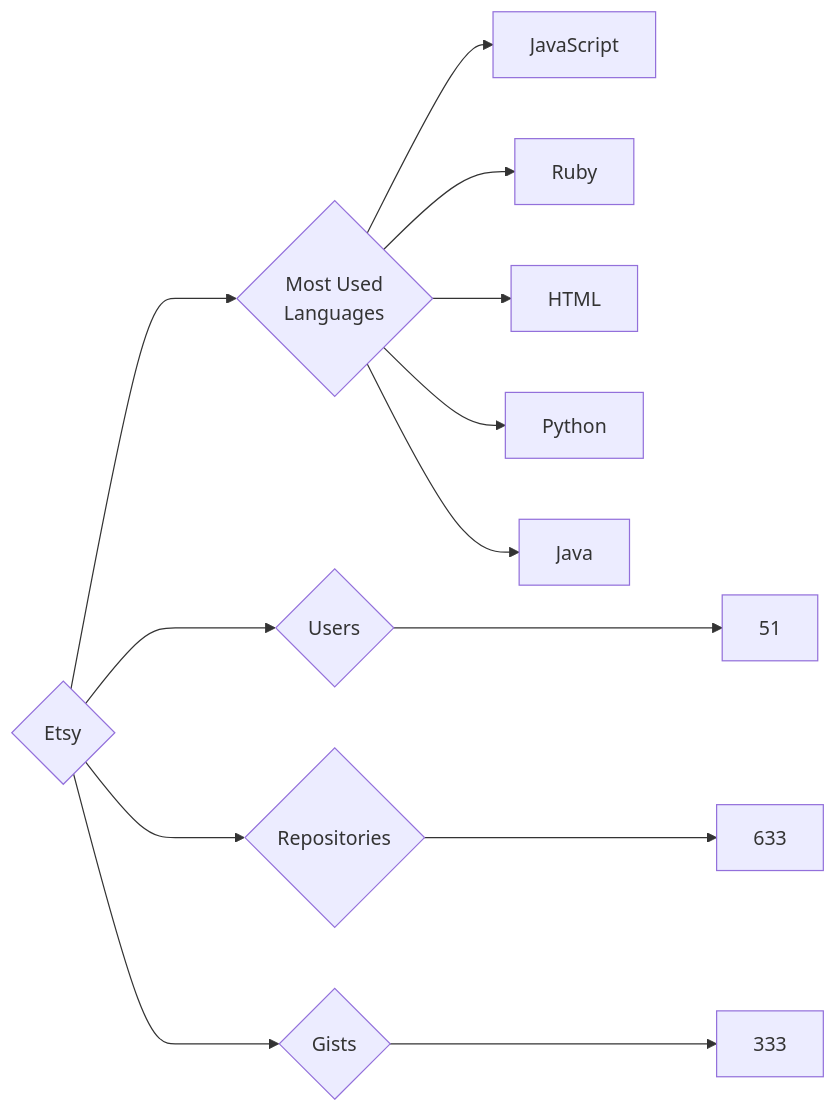
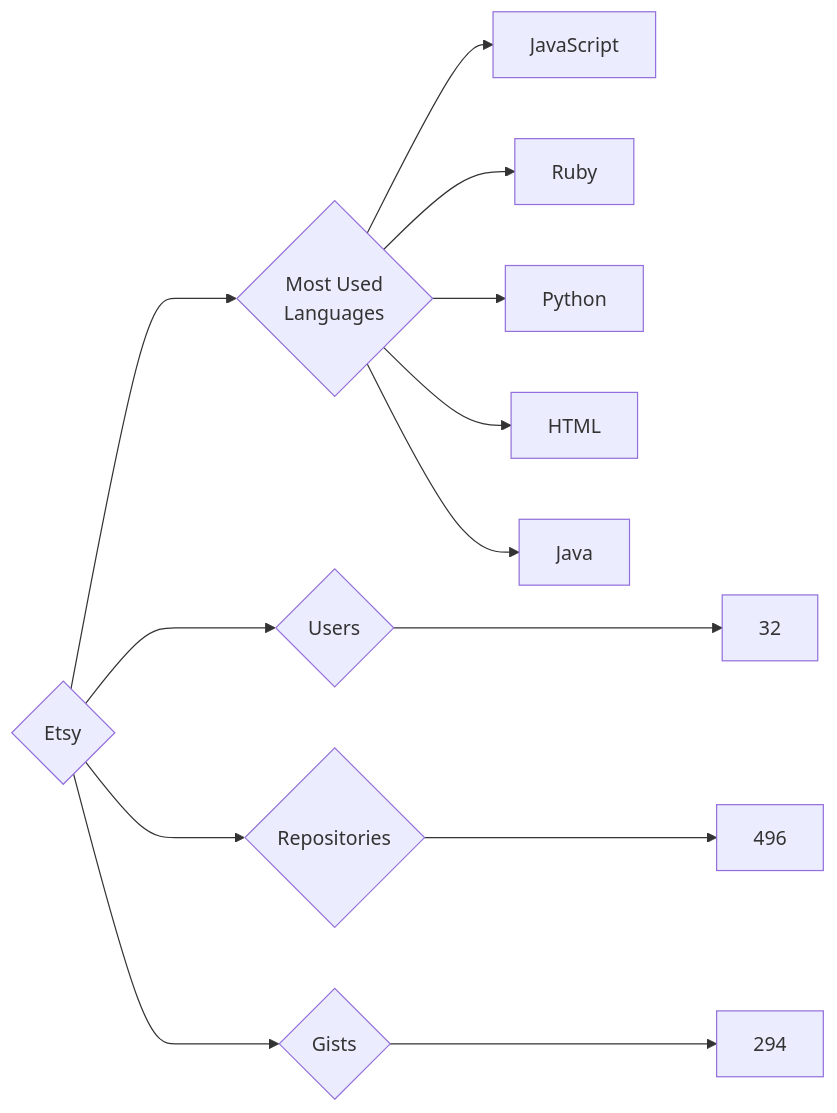
The diagram in targets/Etsy/README.md (trickest/insiders), drawn with Mermaid before and after one commit. The commit also changed 681 other files, not shown here.

````diff
--- a/targets/Etsy/README.md
+++ b/targets/Etsy/README.md
@@ -3,13 +3,13 @@
 ```mermaid
 graph LR
 COMPANY_NAME{Etsy}
-COMPANY_NAME ---> U{Users} ---> UN[51]
-COMPANY_NAME ---> R{Repositories} ---> RN[633]
-COMPANY_NAME ---> G{Gists} ---> GN[333]
+COMPANY_NAME ---> U{Users} ---> UN[32]
+COMPANY_NAME ---> R{Repositories} ---> RN[496]
+COMPANY_NAME ---> G{Gists} ---> GN[294]
 COMPANY_NAME ---> ML{Most Used<br>Languages}
 ML --> JavaScript[JavaScript]
 ML --> Ruby[Ruby]
+ML --> Python[Python]
 ML --> HTML[HTML]
-ML --> Python[Python]
 ML --> Java[Java]
 ```
````
